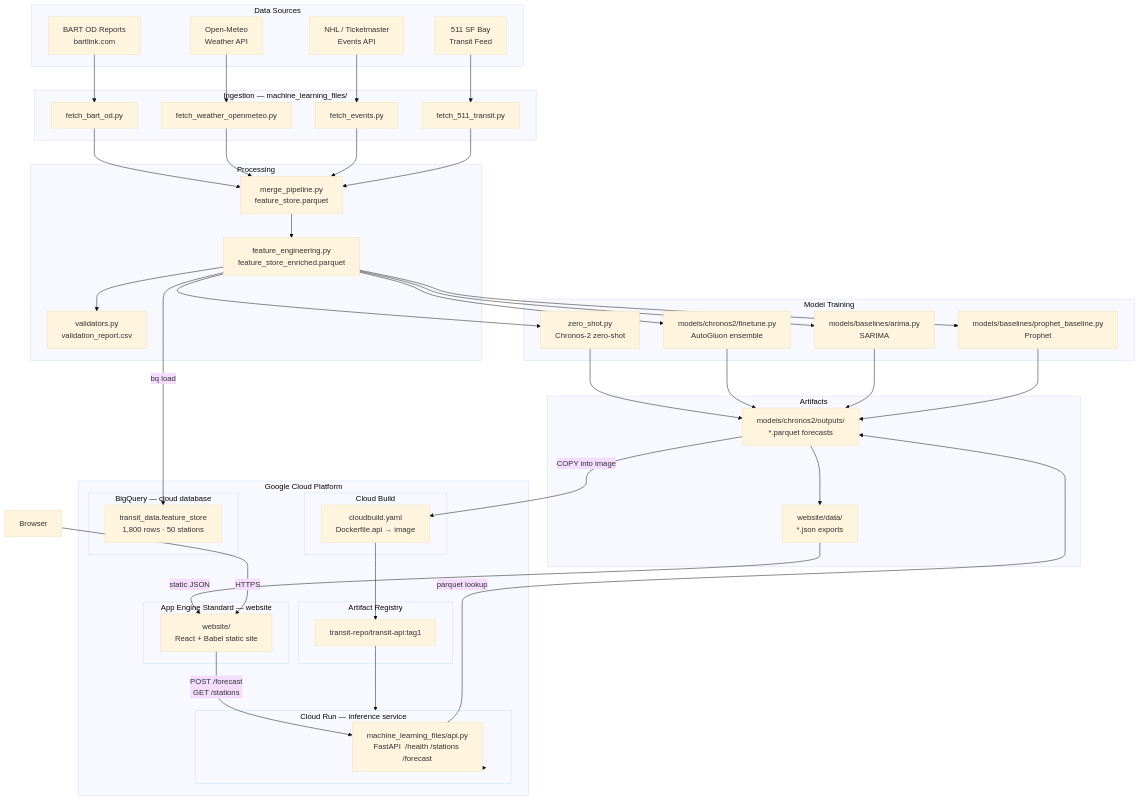
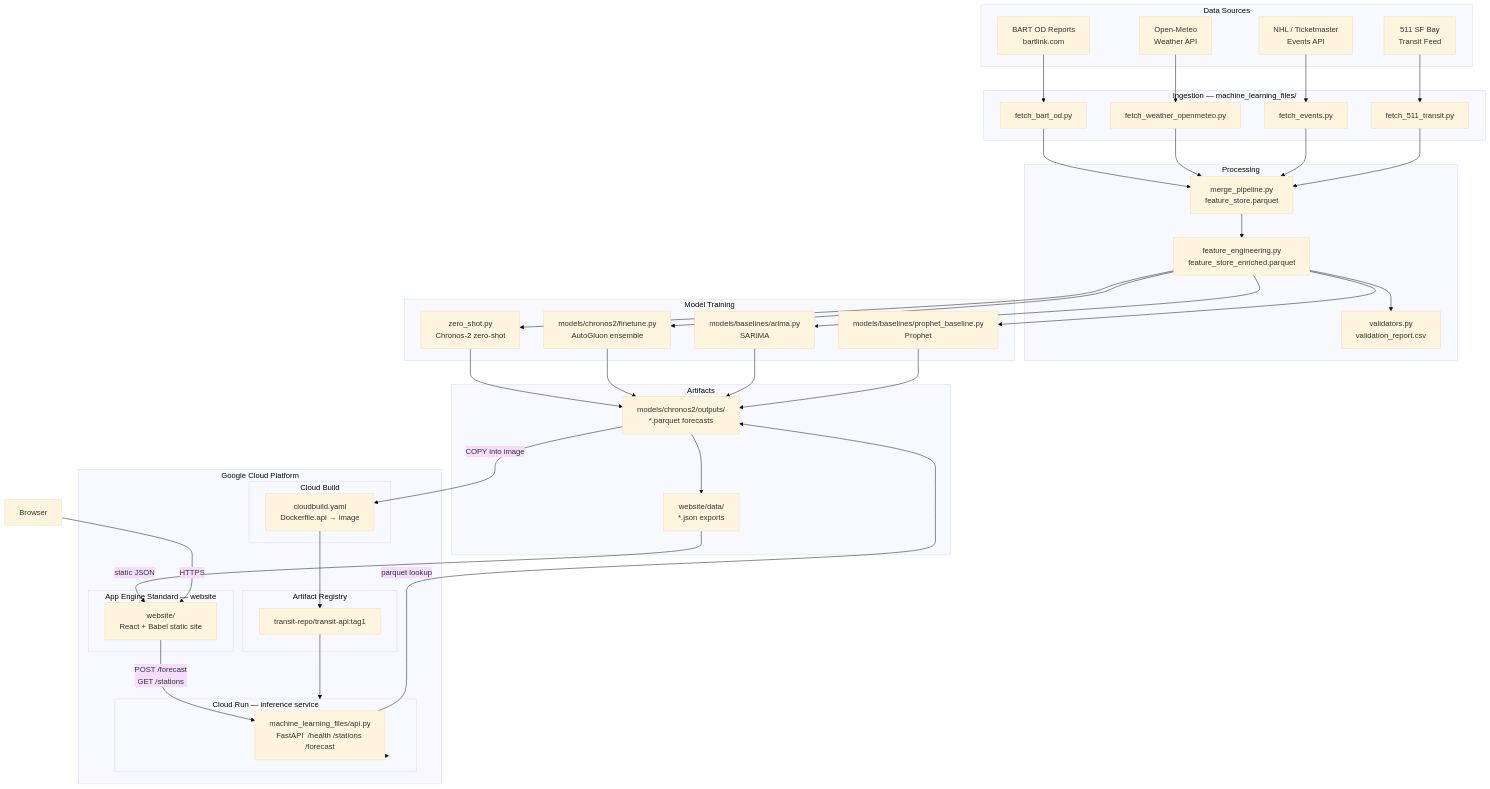
The diagram in docs/ARCHITECTURE.md (Dhruv-cs50/transit-demand-forecasting), drawn with Mermaid (base theme) before and after one commit. The commit also changed other lines of this file and 6 other files, not shown here.

````diff
--- a/docs/ARCHITECTURE.md
+++ b/docs/ARCHITECTURE.md
@@ -5,78 +5,73 @@
 ```mermaid
 flowchart TD
     subgraph SRC["Data Sources"]
         S1[BART OD Reports\nbartlink.com]
         S2[Open-Meteo\nWeather API]
         S3[NHL / Ticketmaster\nEvents API]
         S4[511 SF Bay\nTransit Feed]
     end
 
     subgraph ING["Ingestion — machine_learning_files/"]
         I1[fetch_bart_od.py]
         I2[fetch_weather_openmeteo.py]
         I3[fetch_events.py]
         I4[fetch_511_transit.py]
     end
 
     subgraph PROC["Processing"]
         P1[merge_pipeline.py\nfeature_store.parquet]
         P2[feature_engineering.py\nfeature_store_enriched.parquet]
         P3[validators.py\nvalidation_report.csv]
     end
 
     subgraph TRAIN["Model Training"]
         M1[zero_shot.py\nChronos-2 zero-shot]
         M2[models/chronos2/finetune.py\nAutoGluon ensemble]
         M3[models/baselines/arima.py\nSARIMA]
         M4[models/baselines/prophet_baseline.py\nProphet]
     end
 
     subgraph OUT["Artifacts"]
         O1[models/chronos2/outputs/\n*.parquet forecasts]
         O2[website/data/\n*.json exports]
     end
 
     subgraph CLOUD["Google Cloud Platform"]
         subgraph BUILD["Cloud Build"]
             CB[cloudbuild.yaml\nDockerfile.api → image]
         end
         subgraph AR["Artifact Registry"]
             AR1[transit-repo/transit-api:tag1]
         end
         subgraph CR["Cloud Run — inference service"]
             API[machine_learning_files/api.py\nFastAPI  /health /stations /forecast]
         end
         subgraph GAE["App Engine Standard — website"]
             WEB[website/\nReact + Babel static site]
         end
-        subgraph BQ["BigQuery — cloud database"]
-            BQT[transit_data.feature_store\n1,800 rows · 50 stations]
-        end
     end
 
     USER[Browser]
 
     S1 --> I1
     S2 --> I2
     S3 --> I3
     S4 --> I4
 
     I1 & I2 & I3 & I4 --> P1
     P1 --> P2
     P2 --> P3
     P2 --> M1 & M2 & M3 & M4
     M1 & M2 & M3 & M4 --> O1
     O1 --> O2
 
-    P2 -->|bq load| BQT
-
     O2 -->|static JSON| WEB
     O1 -->|COPY into image| CB
     CB --> AR1
     AR1 --> CR
     CR --> API
 
     USER -->|HTTPS| WEB
     WEB -->|POST /forecast\nGET /stations| API
     API -->|parquet lookup| O1
 ```
````
